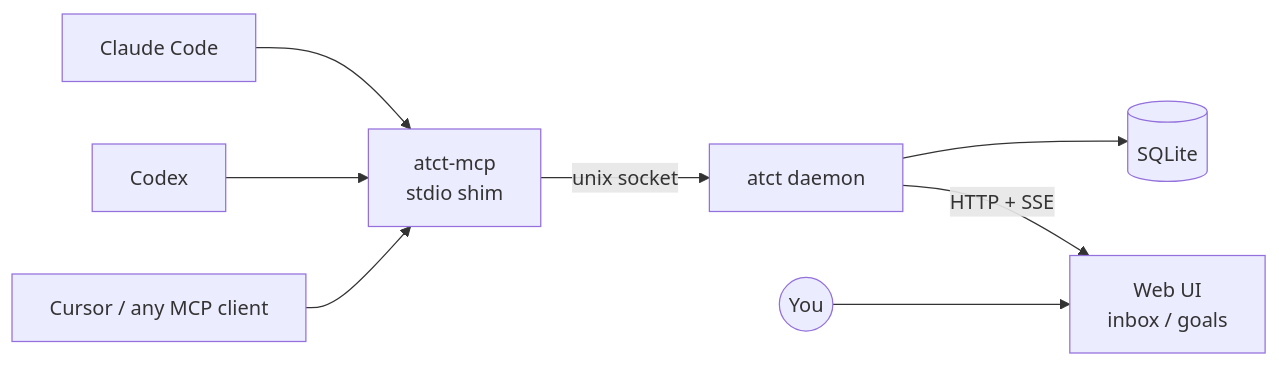
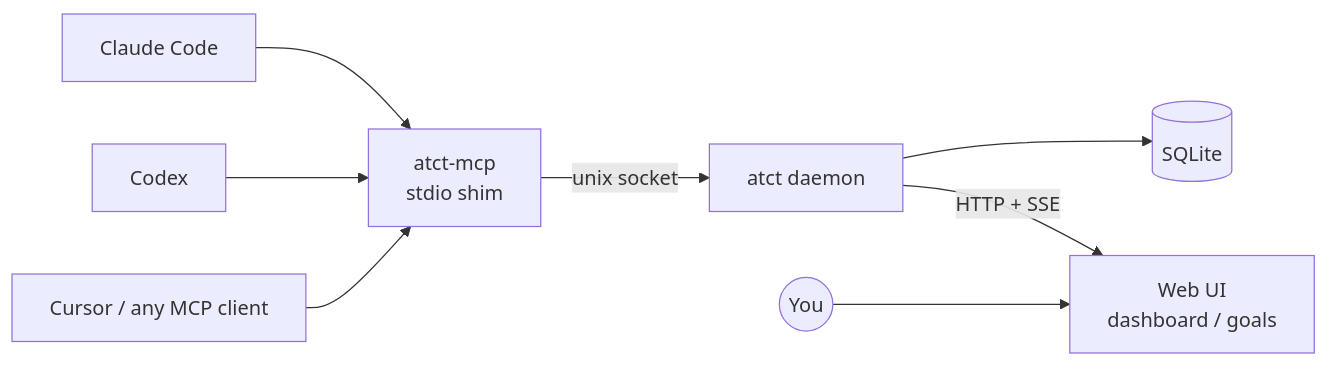
One commit to michiomochi/atct changed the diagram in README.md. Above: the diagram before and after it, drawn with Mermaid. The commit also changed other lines of this file, not shown here.

````diff
--- a/README.md
+++ b/README.md
@@ -134,10 +158,10 @@
 ```mermaid
 flowchart LR
   CC[Claude Code] --> SHIM
   CX[Codex] --> SHIM
   CU[Cursor / any MCP client] --> SHIM
   SHIM[atct-mcp<br/>stdio shim] -->|unix socket| D[atct daemon]
   D --> DB[(SQLite)]
-  D -->|HTTP + SSE| UI[Web UI<br/>inbox / goals]
+  D -->|HTTP + SSE| UI[Web UI<br/>dashboard / goals]
   H((You)) --> UI
 ```
````
